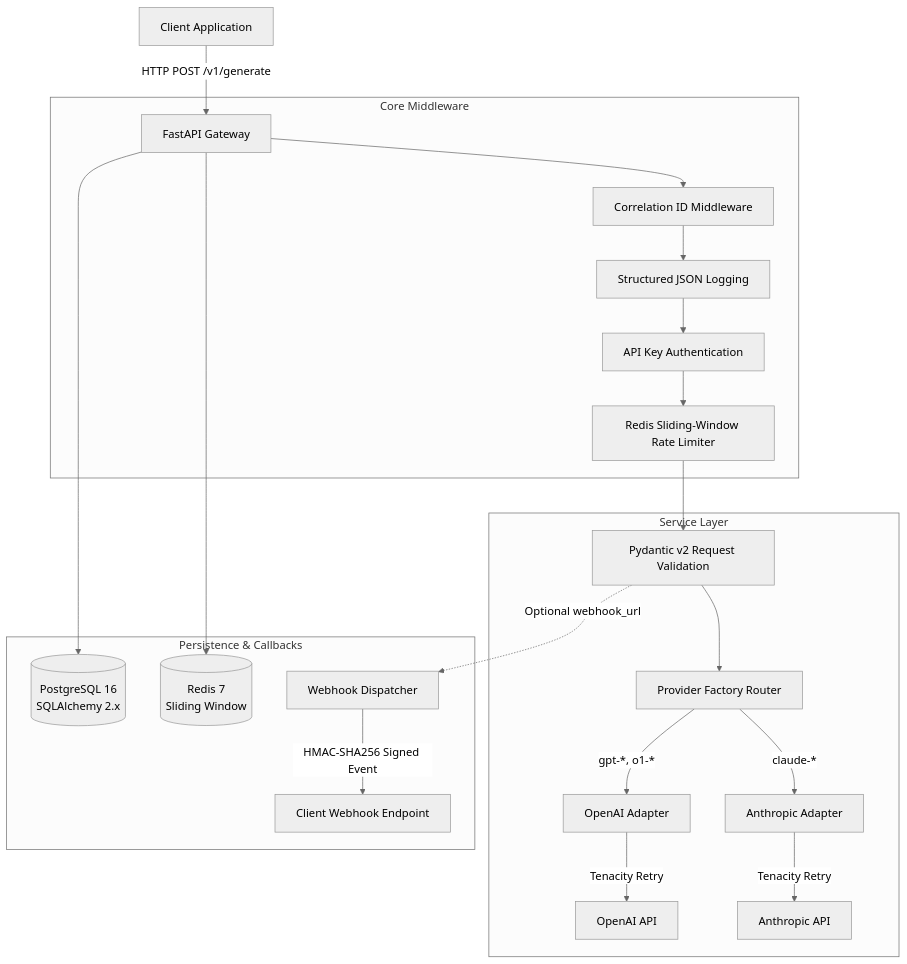
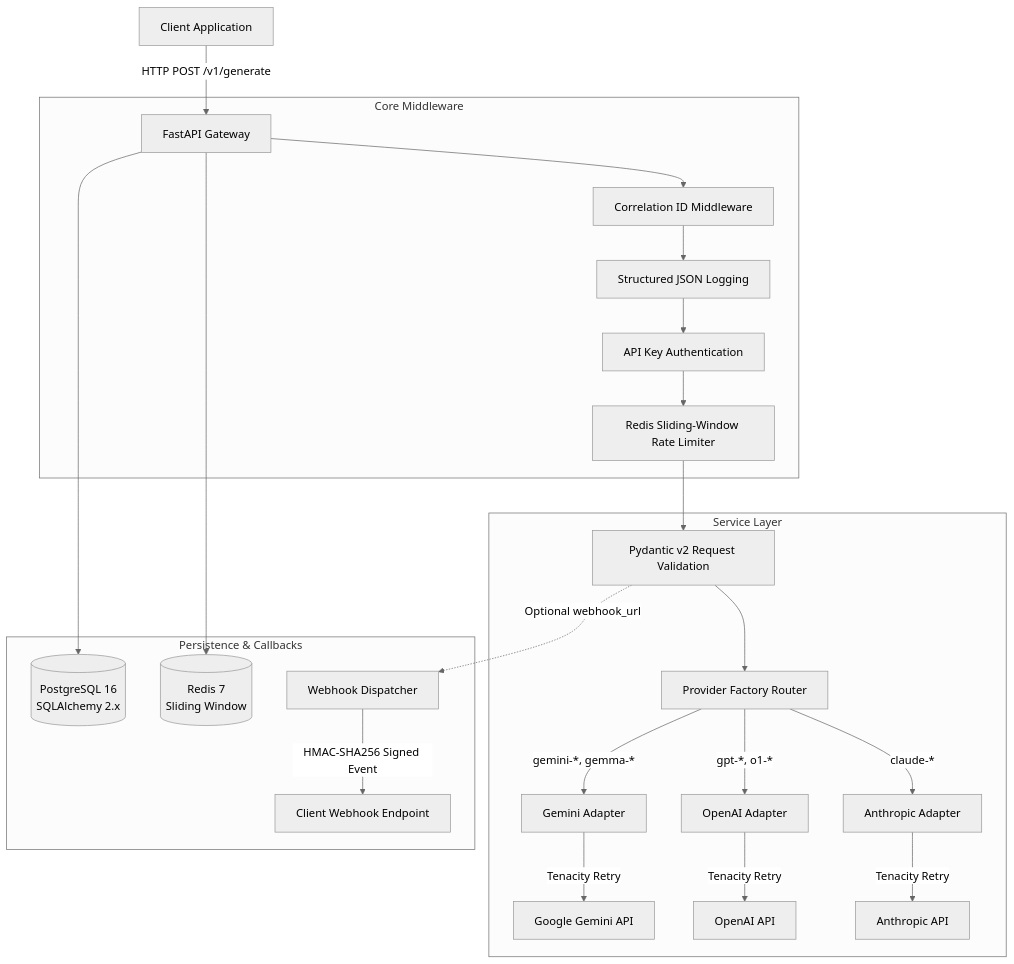
One commit to Jemade/API-WRAPPER changed the diagram in README.md. Above: the diagram before and after it, drawn with Mermaid (neutral theme). The commit also changed other lines of this file and 8 other files, not shown here.

Commit message:
feat: add Google Gemini provider adapter and configuration

````diff
--- a/README.md
+++ b/README.md
@@ -23,27 +23,29 @@
 ```mermaid
 flowchart TD
     Client[Client Application] -->|HTTP POST /v1/generate| Gateway[FastAPI Gateway]
 
     subgraph "Core Middleware"
         Gateway --> CID[Correlation ID Middleware]
         CID --> LogMW[Structured JSON Logging]
         LogMW --> Auth[API Key Authentication]
         Auth --> RL[Redis Sliding-Window Rate Limiter]
     end
 
     subgraph "Service Layer"
         RL --> Val[Pydantic v2 Request Validation]
         Val --> Router[Provider Factory Router]
+        Router -->|gemini-*, gemma-*| GEM[Gemini Adapter]
         Router -->|gpt-*, o1-*| OAI[OpenAI Adapter]
         Router -->|claude-*| ANTH[Anthropic Adapter]
+        GEM -->|Tenacity Retry| UpstreamGem[Google Gemini API]
         OAI -->|Tenacity Retry| UpstreamOAI[OpenAI API]
         ANTH -->|Tenacity Retry| UpstreamAnth[Anthropic API]
     end
 
     subgraph "Persistence & Callbacks"
         Gateway --> DB[(PostgreSQL 16\nSQLAlchemy 2.x)]
         Gateway --> Red[(Redis 7\nSliding Window)]
         Val -.->|Optional webhook_url| Hook[Webhook Dispatcher]
         Hook -->|HMAC-SHA256 Signed Event| WebhookDest[Client Webhook Endpoint]
     end
 ```
````
